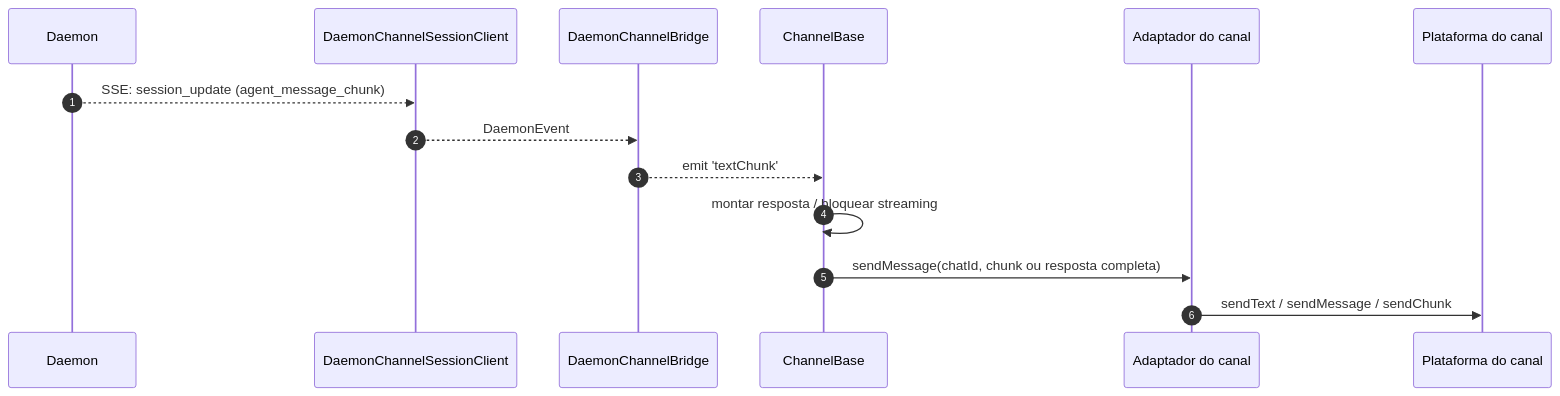
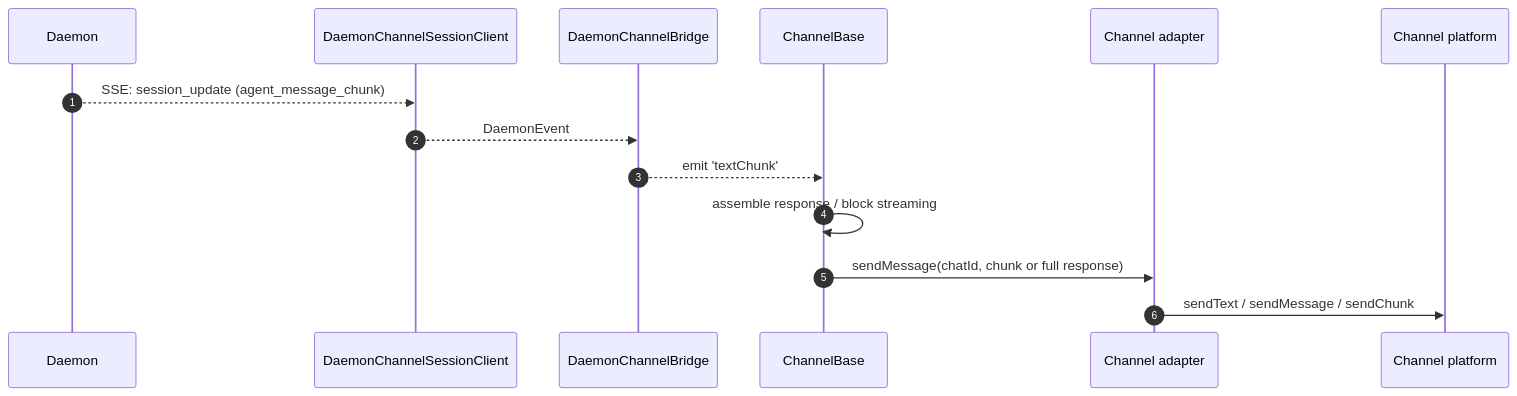
One commit to QwenLM/qwen-code-docs changed the second of 3 diagrams in website/content/pt-BR/developers/daemon/15-channel-adapters.md. Above: the diagram before and after it, drawn with Mermaid. The commit also changed other lines of this file and 1077 other files, not shown here.

````diff
--- a/website/content/pt-BR/developers/daemon/15-channel-adapters.md
+++ b/website/content/pt-BR/developers/daemon/15-channel-adapters.md
@@ -114,17 +115,17 @@
 ```mermaid
 sequenceDiagram
     autonumber
     participant D as Daemon
     participant SC as DaemonChannelSessionClient
     participant BR as DaemonChannelBridge
     participant CB as ChannelBase
-    participant AD as Adaptador do canal
-    participant CH as Plataforma do canal
+    participant AD as Channel adapter
+    participant CH as Channel platform
 
     D-->>SC: SSE: session_update (agent_message_chunk)
     SC-->>BR: DaemonEvent
     BR-->>CB: emit 'textChunk'
-    CB->>CB: montar resposta / bloquear streaming
-    CB->>AD: sendMessage(chatId, chunk ou resposta completa)
+    CB->>CB: assemble response / block streaming
+    CB->>AD: sendMessage(chatId, chunk or full response)
     AD->>CH: sendText / sendMessage / sendChunk
 ```
````
